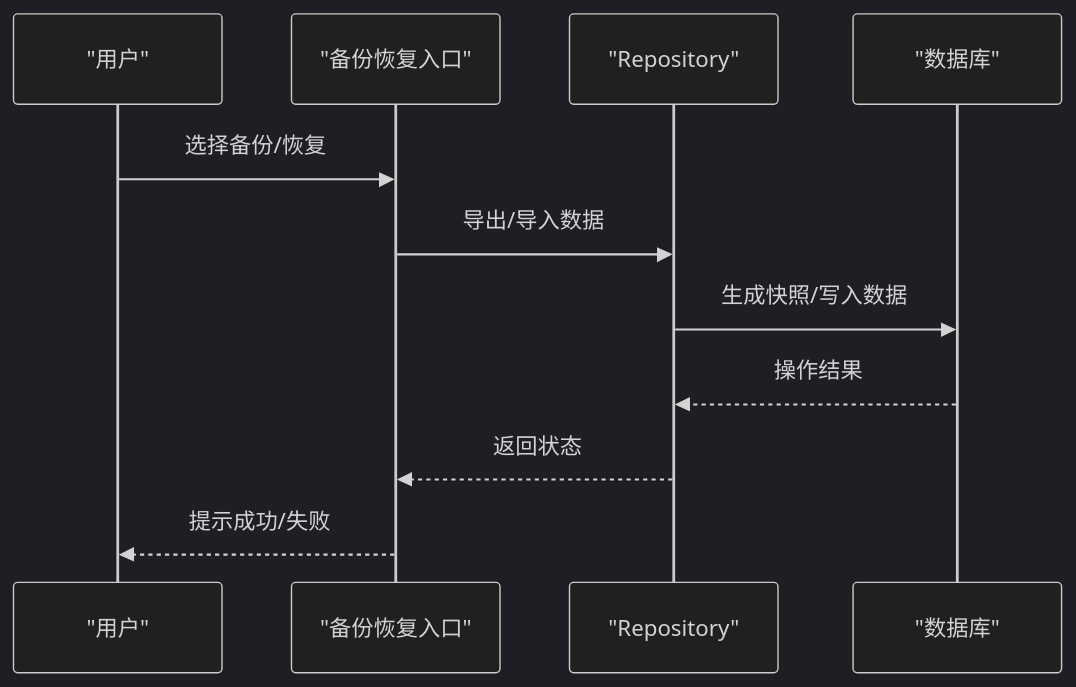
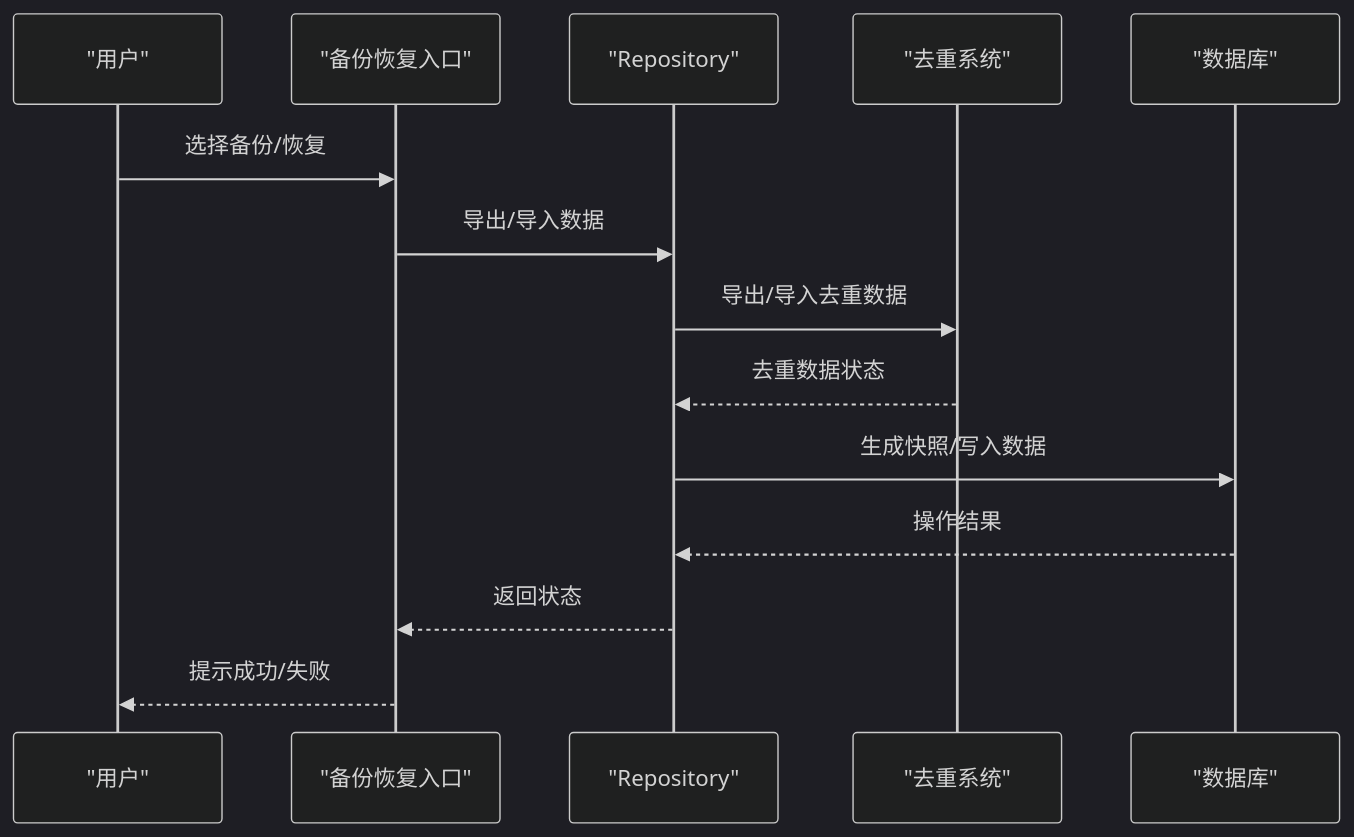
Before and after one commit to ysyhlly/Yukine-android: diagram 12 of 13 in .qoder/repowiki/zh/content/数据层/数据层.md, drawn with Mermaid (dark theme). The commit also changed other lines of this file and 158 other files, not shown here.

````diff
--- a/.qoder/repowiki/zh/content/数据层/数据层.md
+++ b/.qoder/repowiki/zh/content/数据层/数据层.md
@@ -374,13 +477,16 @@
 ```mermaid
 sequenceDiagram
 participant User as "用户"
 participant Launcher as "备份恢复入口"
 participant Repo as "Repository"
+participant Dedup as "去重系统"
 participant DB as "数据库"
 User->>Launcher : 选择备份/恢复
 Launcher->>Repo : 导出/导入数据
+Repo->>Dedup : 导出/导入去重数据
+Dedup-->>Repo : 去重数据状态
 Repo->>DB : 生成快照/写入数据
 DB-->>Repo : 操作结果
 Repo-->>Launcher : 返回状态
 Launcher-->>User : 提示成功/失败
 ```
````
